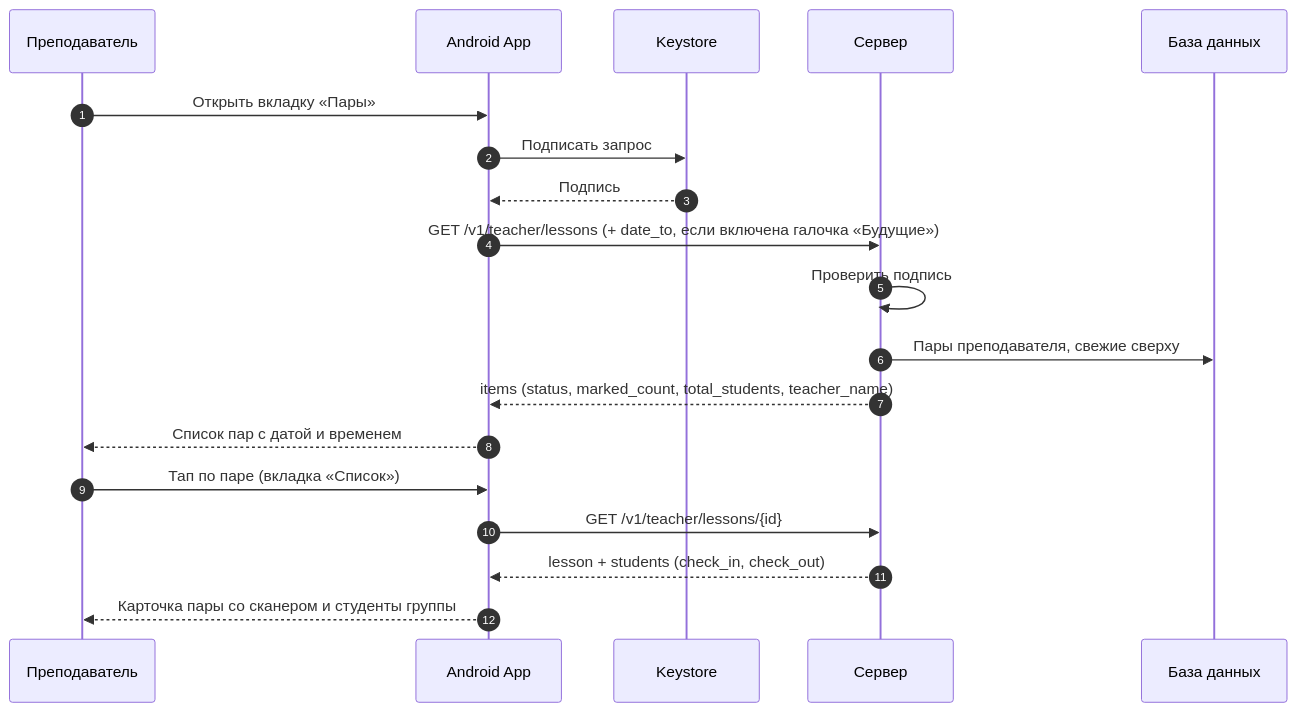
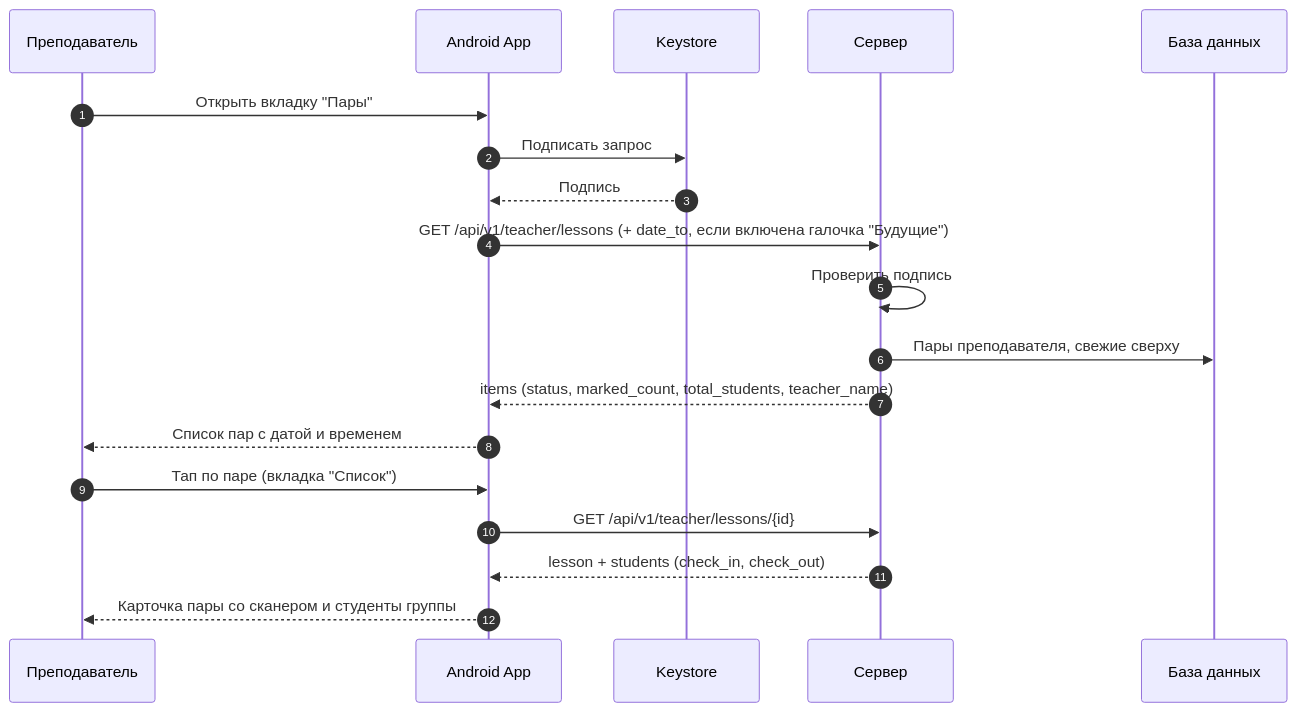
One commit to SP4CEVI/iasu-2.0 changed the tenth of 15 diagrams in docs/concept.md. Above: the diagram before and after it, drawn with Mermaid. The commit also changed other lines of this file, not shown here.

````diff
--- a/docs/concept.md
+++ b/docs/concept.md
@@ -1374,22 +1453,22 @@
 ```mermaid
 sequenceDiagram
     autonumber
     participant Teacher as Преподаватель
     participant App as Android App
     participant KS as Keystore
     participant API as Сервер
     participant DB as База данных
 
-    Teacher->>App: Открыть вкладку «Пары»
+    Teacher->>App: Открыть вкладку "Пары"
     App->>KS: Подписать запрос
     KS-->>App: Подпись
-    App->>API: GET /v1/teacher/lessons (+ date_to, если включена галочка «Будущие»)
+    App->>API: GET /api/v1/teacher/lessons (+ date_to, если включена галочка "Будущие")
     API->>API: Проверить подпись
     API->>DB: Пары преподавателя, свежие сверху
     API-->>App: items (status, marked_count, total_students, teacher_name)
     App-->>Teacher: Список пар с датой и временем
-    Teacher->>App: Тап по паре (вкладка «Список»)
-    App->>API: GET /v1/teacher/lessons/{id}
+    Teacher->>App: Тап по паре (вкладка "Список")
+    App->>API: GET /api/v1/teacher/lessons/{id}
     API-->>App: lesson + students (check_in, check_out)
     App-->>Teacher: Карточка пары со сканером и студенты группы
 ```
````
